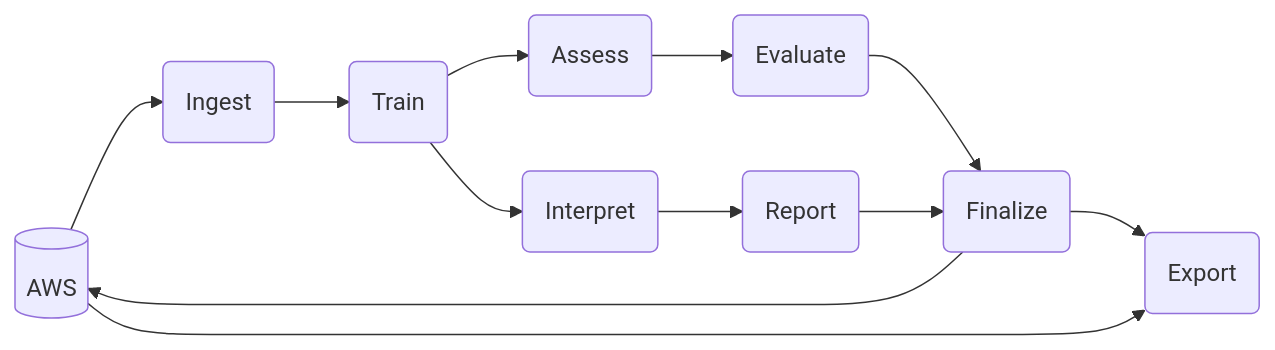
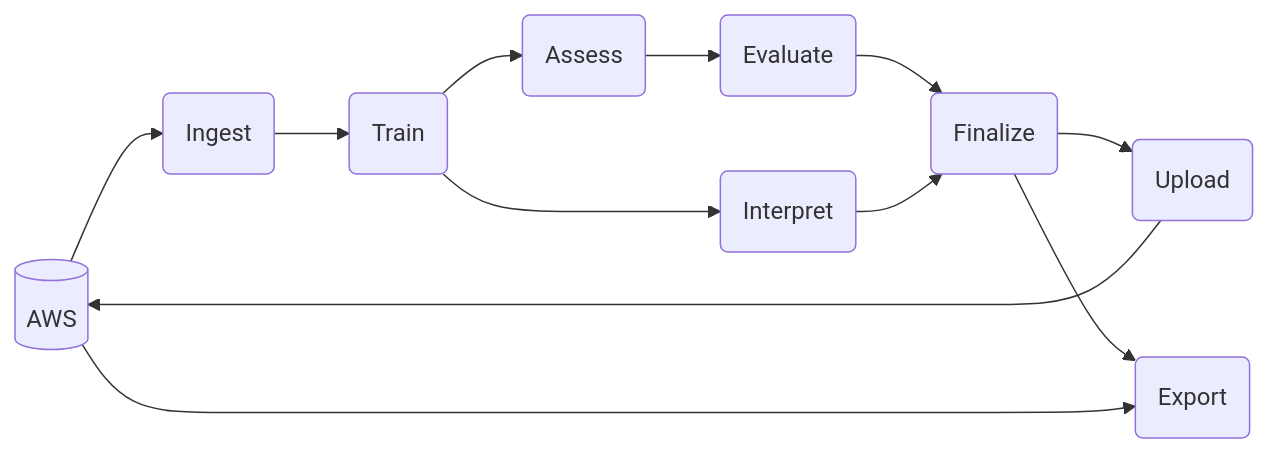
Before and after one commit to ccao-data/model-res-avm: the diagram in README.Rmd, drawn with Mermaid. The commit also changed other lines of this file and 7 other files, not shown here.

````diff
--- a/README.Rmd
+++ b/README.Rmd
@@ -53,24 +53,24 @@
 ```mermaid
 graph LR
     aws[("AWS")]
     ingest("Ingest")
     train("Train")
     assess("Assess")
     evaluate("Evaluate")
     interpret("Interpret")
-    report("Report")
     finalize("Finalize")
+    upload("Upload")
     export("Export")
 
     ingest --> train
     train --> assess
     train --> interpret
     assess --> evaluate
     evaluate --> finalize
-    interpret --> report
-    report --> finalize
-    finalize --> aws
+    interpret --> finalize
+    finalize --> upload
     finalize --> export
+    upload --> aws
     aws --> ingest
     aws --> export
 ```
````
